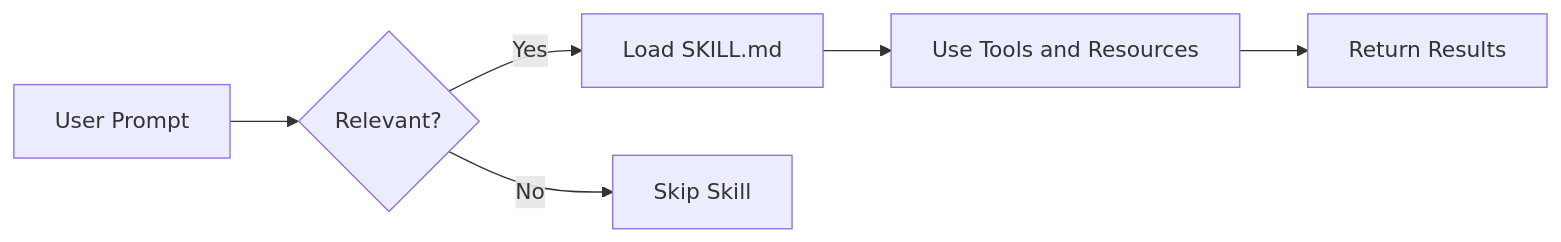
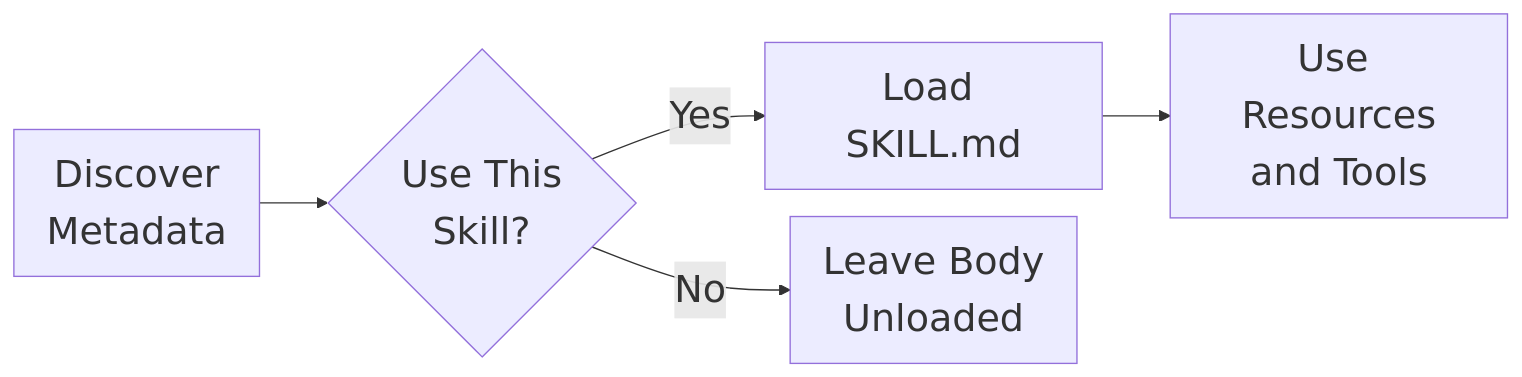
Before and after one commit to codebytes/agent-skills: the diagram in slides/img/skill-discovery.mmd, drawn with Mermaid. The commit also changed 27 other files, not shown here.

```diff
--- a/slides/img/skill-discovery.mmd
+++ b/slides/img/skill-discovery.mmd
@@ -1,6 +1,16 @@
+---
+config:
+  themeVariables:
+    fontSize: 28px
+  flowchart:
+    nodeSpacing: 20
+    padding: 12
+---
 flowchart LR
-    A[User Prompt] --> B{Relevant?}
+    accTitle: Progressive skill discovery and invocation
+    accDescr: A host discovers skill names and descriptions. A user request or model relevance decision can trigger loading SKILL.md, followed by supporting resources and tools as needed.
+    A[Discover<br/>Metadata] --> B{Use This<br/>Skill?}
     B -->|Yes| C[Load SKILL.md]
-    B -->|No| D[Skip Skill]
-    C --> E[Use Tools and Resources]
-    E --> F[Return Results]
+    B -->|No| D[Leave Body<br/>Unloaded]
+    C --> E[Use Resources<br/>and Tools]
+    %% Source: https://agentskills.io/specification
```
